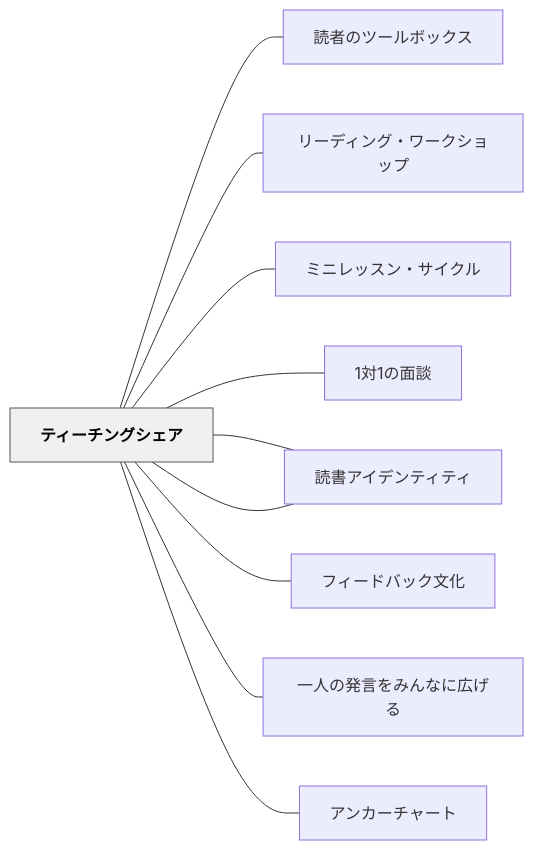
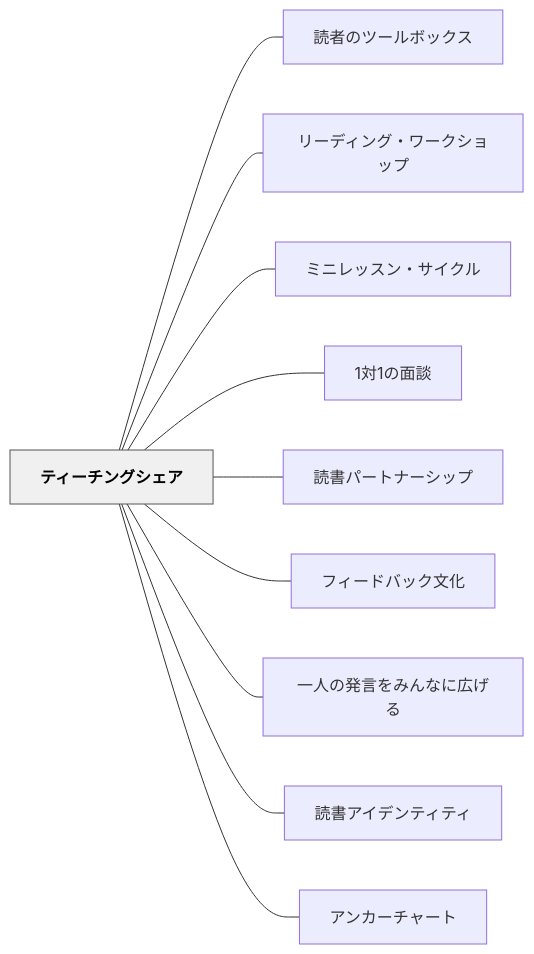
Before and after one commit to unknownthings-ed-patterns/unknownthings-ed-patterns: the diagram in content/パタン/ティーチングシェア.md, drawn with Mermaid. The commit also changed 527 other files, not shown here.

````diff
--- a/content/パタン/ティーチングシェア.md
+++ b/content/パタン/ティーチングシェア.md
@@ -108,26 +108,26 @@
 ```mermaid
 flowchart LR
-    ne38386e382a3["ティーチングシェア"]
-    ne8aaade88085["読者のツールボックス"]
-    ne383aae383bc["リーディング・ワークショップ"]
-    ne3839fe3838b["ミニレッスン・サイクル"]
-    n31e5afbe31e3["1対1の面談"]
-    ne8aaade69bb8["読書パートナーシップ"]
-    ne38395e382a3["フィードバック文化"]
-    ne4b880e4baba["一人の発言をみんなに広げる"]
-    ne8aaade69bb8["読書アイデンティティ"]
-    ne382a2e383b3["アンカーチャート"]
+    ne38386e382a3e383bce38381e383b3e382b0e382b7e382a7e382a2["ティーチングシェア"]
+    ne8aaade88085e381aee38384e383bce383abe3839ce38383e382afe382b9["読者のツールボックス"]
+    ne383aae383bce38387e382a3e383b3e382b0e383bbe383afe383bce382afe382b7e383a7e38383e38397["リーディング・ワークショップ"]
+    ne3839fe3838be383ace38383e382b9e383b3e383bbe382b5e382a4e382afe383ab["ミニレッスン・サイクル"]
+    n31e5afbe31e381aee99da2e8ab87["1対1の面談"]
+    ne8aaade69bb8e38391e383bce38388e3838ae383bce382b7e38383e38397["読書パートナーシップ"]
+    ne38395e382a3e383bce38389e38390e38383e382afe69687e58c96["フィードバック文化"]
+    ne4b880e4babae381aee799bae8a880e38292e381bfe38293e381aae381abe5ba83e38192e3828b["一人の発言をみんなに広げる"]
+    ne8aaade69bb8e382a2e382a4e38387e383b3e38386e382a3e38386e382a3["読書アイデンティティ"]
+    ne382a2e383b3e382abe383bce38381e383a3e383bce38388["アンカーチャート"]
 
-    ne38386e382a3 --- ne8aaade88085
-    ne38386e382a3 --- ne383aae383bc
-    ne38386e382a3 --- ne3839fe3838b
-    ne38386e382a3 --- n31e5afbe31e3
-    ne38386e382a3 --- ne8aaade69bb8
-    ne38386e382a3 --- ne38395e382a3
-    ne38386e382a3 --- ne4b880e4baba
-    ne38386e382a3 --- ne8aaade69bb8
-    ne38386e382a3 --- ne382a2e383b3
+    ne38386e382a3e383bce38381e383b3e382b0e382b7e382a7e382a2 --- ne8aaade88085e381aee38384e383bce383abe3839ce38383e382afe382b9
+    ne38386e382a3e383bce38381e383b3e382b0e382b7e382a7e382a2 --- ne383aae383bce38387e382a3e383b3e382b0e383bbe383afe383bce382afe382b7e383a7e38383e38397
+    ne38386e382a3e383bce38381e383b3e382b0e382b7e382a7e382a2 --- ne3839fe3838be383ace38383e382b9e383b3e383bbe382b5e382a4e382afe383ab
+    ne38386e382a3e383bce38381e383b3e382b0e382b7e382a7e382a2 --- n31e5afbe31e381aee99da2e8ab87
+    ne38386e382a3e383bce38381e383b3e382b0e382b7e382a7e382a2 --- ne8aaade69bb8e38391e383bce38388e3838ae383bce382b7e38383e38397
+    ne38386e382a3e383bce38381e383b3e382b0e382b7e382a7e382a2 --- ne38395e382a3e383bce38389e38390e38383e382afe69687e58c96
+    ne38386e382a3e383bce38381e383b3e382b0e382b7e382a7e382a2 --- ne4b880e4babae381aee799bae8a880e38292e381bfe38293e381aae381abe5ba83e38192e3828b
+    ne38386e382a3e383bce38381e383b3e382b0e382b7e382a7e382a2 --- ne8aaade69bb8e382a2e382a4e38387e383b3e38386e382a3e38386e382a3
+    ne38386e382a3e383bce38381e383b3e382b0e382b7e382a7e382a2 --- ne382a2e383b3e382abe383bce38381e383a3e383bce38388
 
     classDef hub fill:#f0f0f0,stroke:#555,color:#000,font-weight:bold
-    class ne38386e382a3 hub
+    class ne38386e382a3e383bce38381e383b3e382b0e382b7e382a7e382a2 hub
 ```
````
